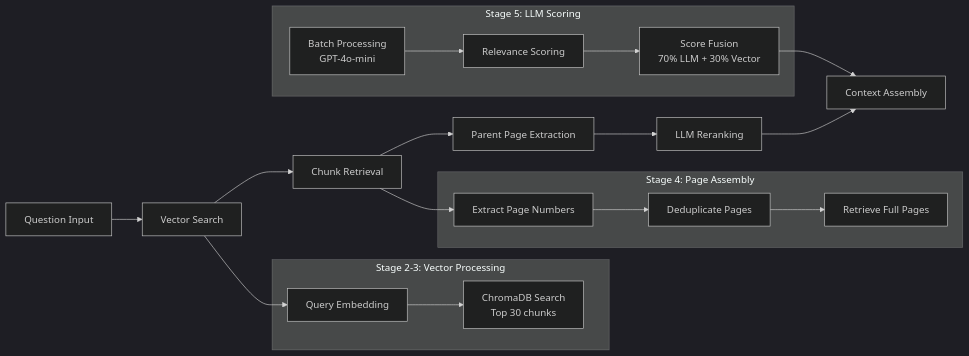
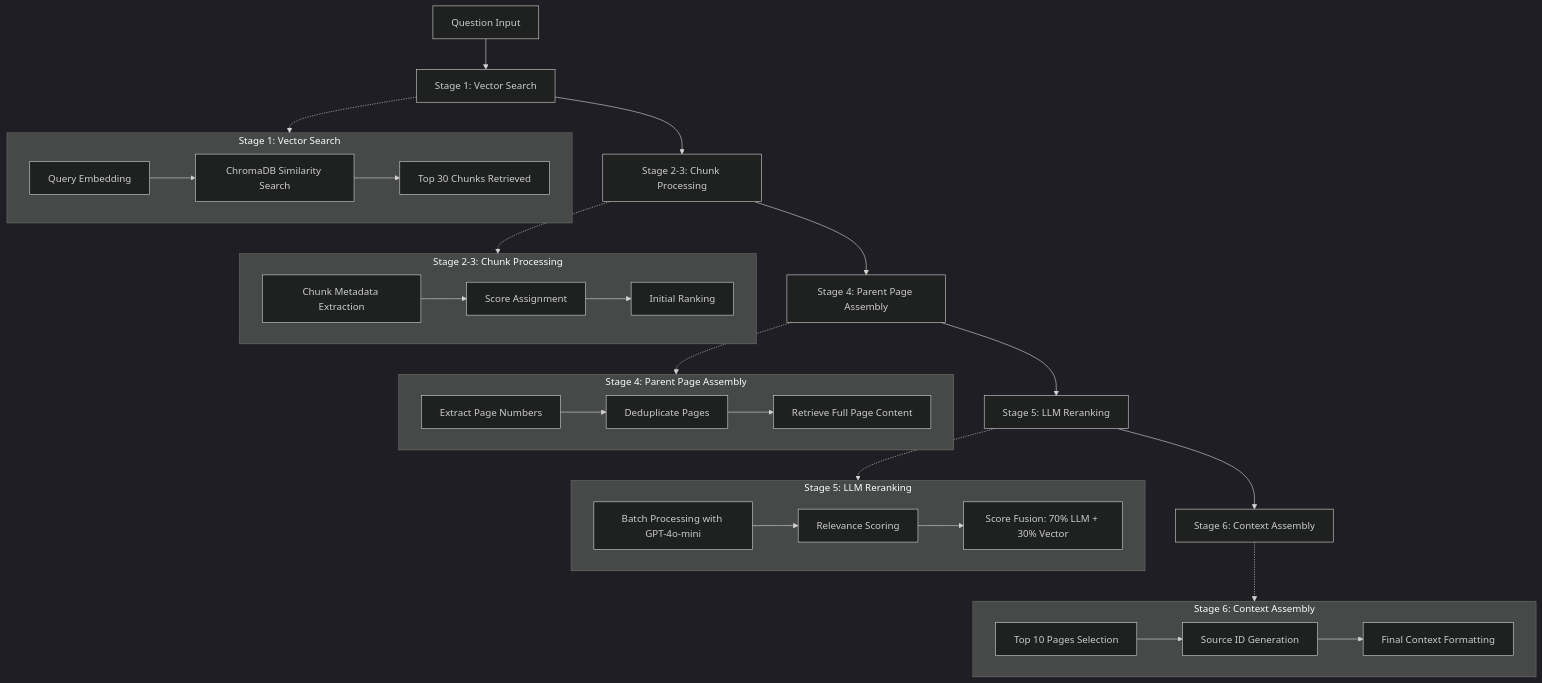
Before and after one commit to xxcs13/RAGv1: the second of 2 diagrams in README.md, drawn with Mermaid (dark theme). The commit also changed other lines of this file, not shown here.

````diff
--- a/README.md
+++ b/README.md
@@ -94,32 +118,49 @@
 ```mermaid
-flowchart LR
-    A[Question Input] --> B[Vector Search]
-    B --> C[Chunk Retrieval]
-    C --> D[Parent Page Extraction]
-    D --> E[LLM Reranking]
-    E --> F[Context Assembly]
+flowchart TD
+    A[Question Input] --> B[Stage 1: Vector Search]
+    B --> C[Stage 2-3: Chunk Processing]
+    C --> D[Stage 4: Parent Page Assembly]
+    D --> E[Stage 5: LLM Reranking]
+    E --> F[Stage 6: Context Assembly]
 
-    subgraph "Stage 2-3: Vector Processing"
+    subgraph S1 [Stage 1: Vector Search]
         B1[Query Embedding]
-        B2[ChromaDB Search<br/>Top 30 chunks]
-        B1 --> B2
+        B2[ChromaDB Similarity Search]
+        B3[Top 30 Chunks Retrieved]
+        B1 --> B2 --> B3
     end
 
-    subgraph "Stage 4: Page Assembly"
+    subgraph S23 [Stage 2-3: Chunk Processing]
+        C1[Chunk Metadata Extraction]
+        C2[Score Assignment]
+        C3[Initial Ranking]
+        C1 --> C2 --> C3
+    end
+
+    subgraph S4 [Stage 4: Parent Page Assembly]
         D1[Extract Page Numbers]
         D2[Deduplicate Pages]
-        D3[Retrieve Full Pages]
+        D3[Retrieve Full Page Content]
         D1 --> D2 --> D3
     end
 
-    subgraph "Stage 5: LLM Scoring"
-        E1[Batch Processing<br/>GPT-4o-mini]
+    subgraph S5 [Stage 5: LLM Reranking]
+        E1[Batch Processing with GPT-4o-mini]
         E2[Relevance Scoring]
-        E3[Score Fusion<br/>70% LLM + 30% Vector]
+        E3[Score Fusion: 70% LLM + 30% Vector]
         E1 --> E2 --> E3
     end
 
-    B --> B1
-    C --> D1
-    E3 --> F
+    subgraph S6 [Stage 6: Context Assembly]
+        F1[Top 10 Pages Selection]
+        F2[Source ID Generation]
+        F3[Final Context Formatting]
+        F1 --> F2 --> F3
+    end
+
+    B -.-> S1
+    C -.-> S23
+    D -.-> S4
+    E -.-> S5
+    F -.-> S6
 ```
````
